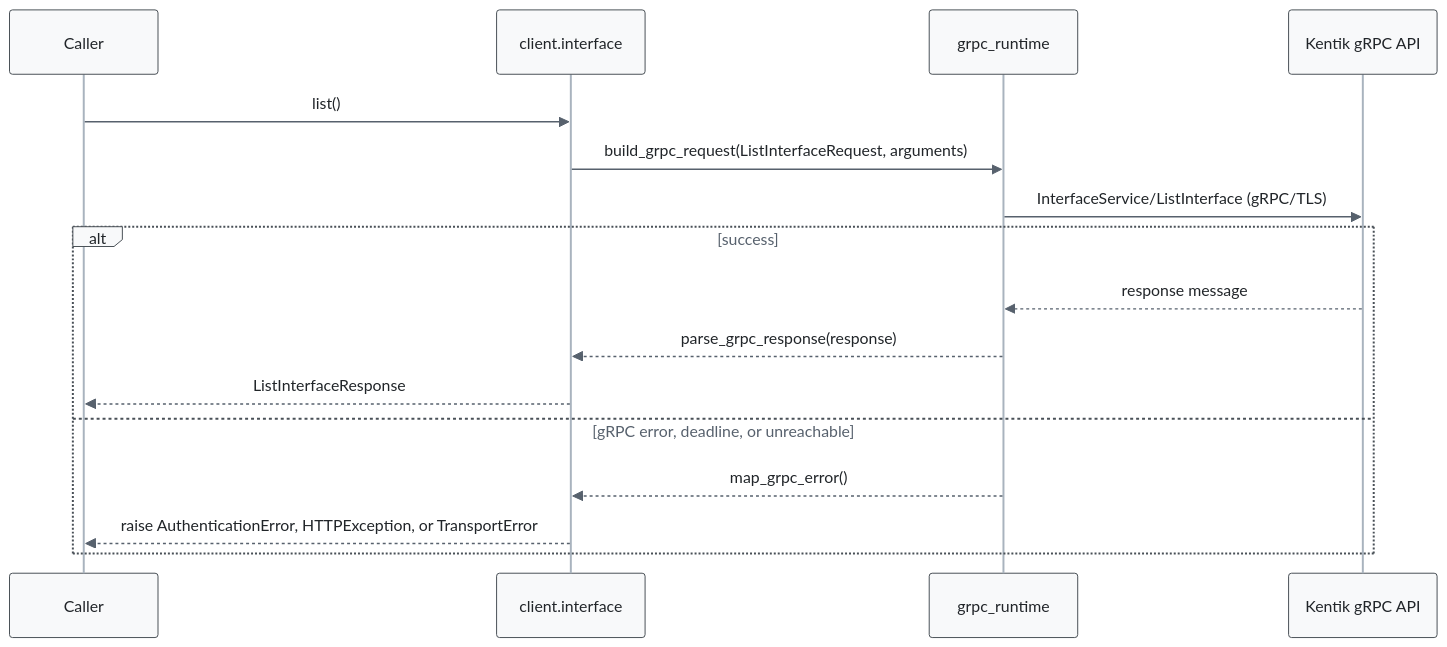
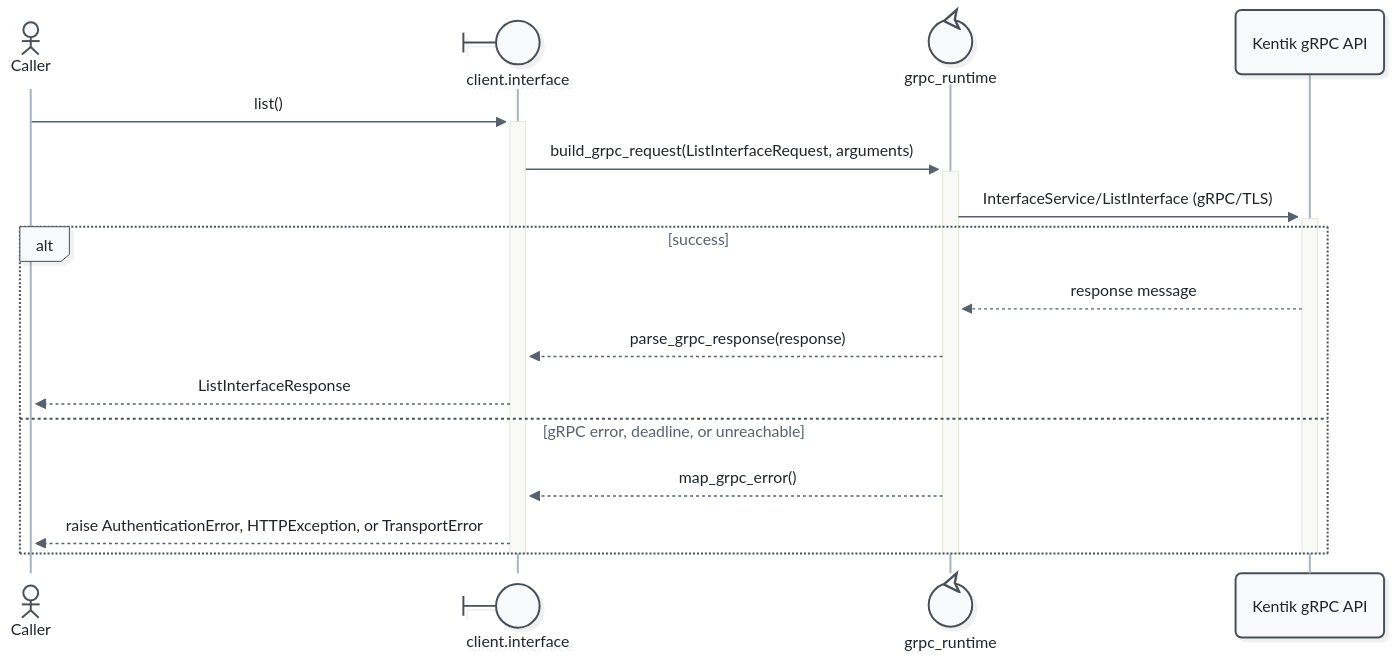
Before and after one commit to alexdearaujo/community_sdk_python: the second of 13 diagrams in docs/sphinx/services/interface.md, drawn with Mermaid. The commit also changed other lines of this file and 52 other files, not shown here.

First line of the commit message:
docs: Mermaid 12 sequence diagrams with participant types and path colors

````diff
--- a/docs/sphinx/services/interface.md
+++ b/docs/sphinx/services/interface.md
@@ -55,20 +57,23 @@
 ```mermaid
-%%{init: {"theme": "base", "fontFamily": "ui-monospace, SFMono-Regular, Menlo, monospace", "themeVariables": {"fontFamily": "ui-monospace, SFMono-Regular, Menlo, monospace", "primaryColor": "#f8f9fa", "primaryBorderColor": "#495057", "primaryTextColor": "#212529", "textColor": "#212529", "lineColor": "#77818c", "edgeLabelBackground": "#ffffff", "actorBkg": "#f8f9fa", "actorBorder": "#495057", "actorTextColor": "#212529", "actorLineColor": "#a9b3be", "signalColor": "#57616d", "signalTextColor": "#212529", "labelBoxBkgColor": "#f8f9fa", "labelBoxBorderColor": "#495057", "labelTextColor": "#212529", "loopTextColor": "#57616d", "noteBkgColor": "#fff9db", "noteBorderColor": "#f08c00", "noteTextColor": "#a35a00"}, "flowchart": {"curve": "step", "nodeSpacing": 30, "rankSpacing": 70, "wrappingWidth": 400}}}%%
+%%{init: {"theme": "redux", "look": "neo", "layout": "dagre", "fontFamily": "ui-monospace, SFMono-Regular, Menlo, monospace", "themeVariables": {"fontFamily": "ui-monospace, SFMono-Regular, Menlo, monospace", "primaryColor": "#f8f9fa", "primaryBorderColor": "#495057", "primaryTextColor": "#212529", "textColor": "#212529", "lineColor": "#77818c", "edgeLabelBackground": "#ffffff", "actorBkg": "#f8f9fa", "actorBorder": "#495057", "actorTextColor": "#212529", "actorLineColor": "#a9b3be", "signalColor": "#57616d", "signalTextColor": "#212529", "labelBoxBkgColor": "#f8f9fa", "labelBoxBorderColor": "#495057", "labelTextColor": "#212529", "loopTextColor": "#57616d", "noteBkgColor": "#fff9db", "noteBorderColor": "#f08c00", "noteTextColor": "#a35a00"}, "sequence": {"activationWidth": 16}, "flowchart": {"curve": "step", "nodeSpacing": 30, "rankSpacing": 70, "wrappingWidth": 400}}}%%
 sequenceDiagram
-    participant C as Caller
-    participant W as client.interface
-    participant R as grpc_runtime
+    actor C as Caller
+    participant W@{ "type": "boundary" } as client.interface
+    participant R@{ "type": "control" } as grpc_runtime
     participant API as Kentik gRPC API
 
-    C->>W: list()
-    W->>R: build_grpc_request(ListInterfaceRequest, arguments)
-    R->>API: InterfaceService/ListInterface (gRPC/TLS)
+    C->>+W: list()
+    W->>+R: build_grpc_request(ListInterfaceRequest, arguments)
+    R->>+API: InterfaceService/ListInterface (gRPC/TLS)
     alt success
         API-->>R: response message
         R-->>W: parse_grpc_response(response)
         W-->>C: ListInterfaceResponse
     else gRPC error, deadline, or unreachable
         R-->>W: map_grpc_error()
         W-->>C: raise AuthenticationError, HTTPException, or TransportError
     end
+    deactivate API
+    deactivate R
+    deactivate W
 ```
````
